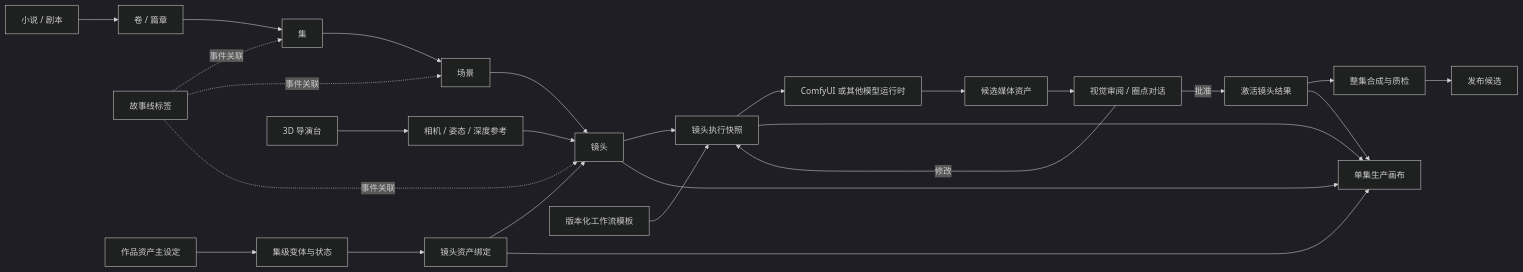
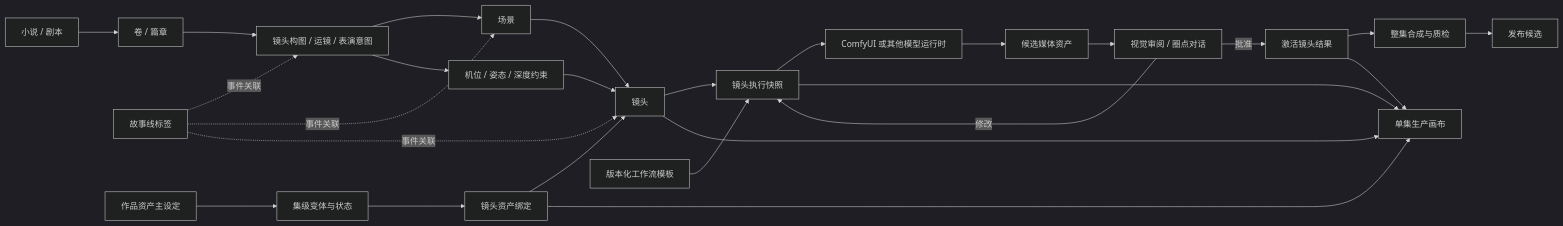
Before and after one commit to DeadLining/GDream: the diagram in docs/shot-domain-and-module-connections.md, drawn with Mermaid (dark theme). The commit also changed other lines of this file and 162 other files, not shown here.

````diff
--- a/docs/shot-domain-and-module-connections.md
+++ b/docs/shot-domain-and-module-connections.md
@@ -110,33 +109,33 @@
 ```mermaid
 flowchart LR
     A["小说 / 剧本"] --> B["卷 / 篇章"]
     B --> C["集"]
     C --> D["场景"]
     D --> E["镜头"]
     S["故事线标签"] -. "事件关联" .-> C
     S -. "事件关联" .-> D
     S -. "事件关联" .-> E
 
     L["作品资产主设定"] --> V["集级变体与状态"]
     V --> U["镜头资产绑定"]
     U --> E
 
-    T["3D 导演台"] --> R["相机 / 姿态 / 深度参考"]
+    C["镜头构图 / 运镜 / 表演意图"] --> R["机位 / 姿态 / 深度约束"]
     R --> E
 
     E --> G["镜头执行快照"]
     W["版本化工作流模板"] --> G
     G --> X["ComfyUI 或其他模型运行时"]
     X --> O["候选媒体资产"]
     O --> Q["视觉审阅 / 圈点对话"]
     Q -->|批准| P["激活镜头结果"]
     Q -->|修改| G
 
     P --> F["整集合成与质检"]
     F --> Z["发布候选"]
 
     E --> K["单集生产画布"]
     U --> K
     G --> K
     P --> K
 ```
````
